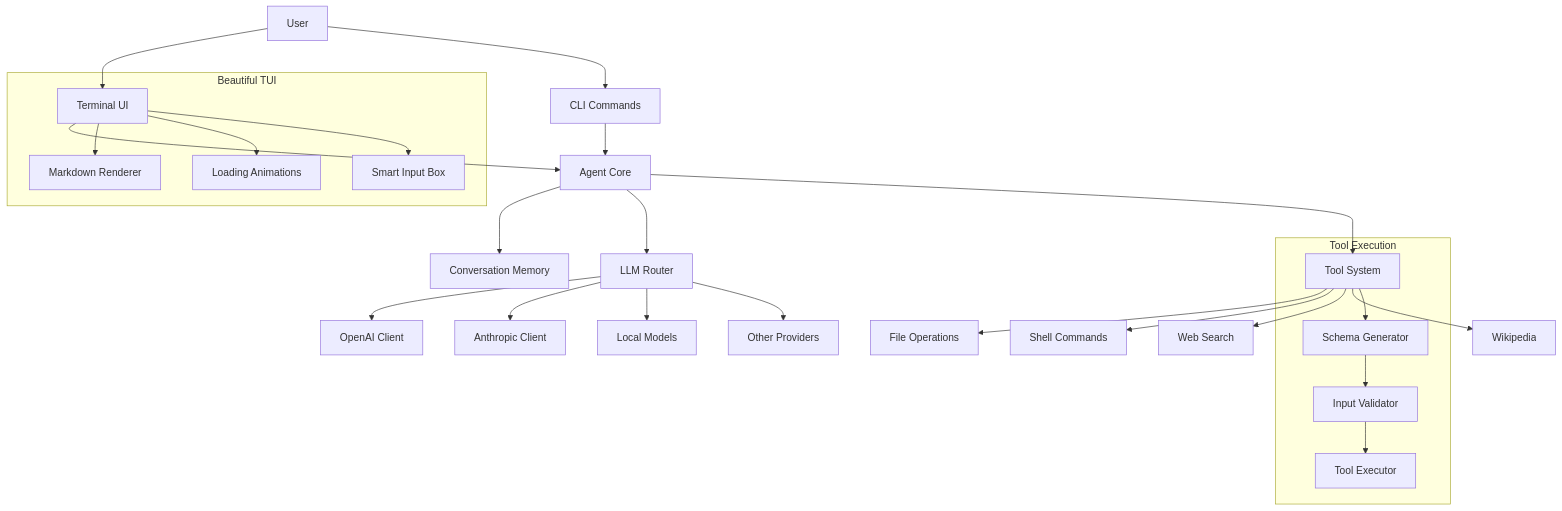
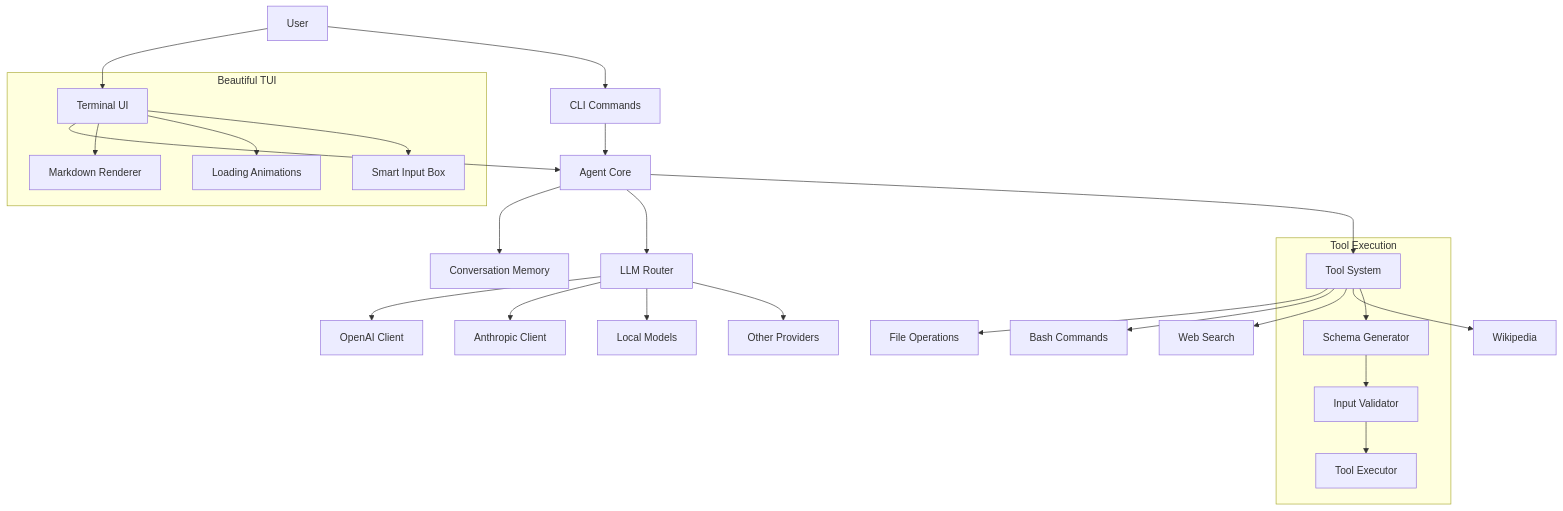
One commit to nachoal/simple-agent-go changed the diagram in README.md. Above: the diagram before and after it, drawn with Mermaid. The commit also changed other lines of this file and 16 other files, not shown here.

````diff
--- a/README.md
+++ b/README.md
@@ -23,35 +23,35 @@
 ```mermaid
 graph TB
     User[User] --> TUI[Terminal UI]
     User --> CLI[CLI Commands]
     
     TUI --> Agent[Agent Core]
     CLI --> Agent
     
     Agent --> Memory[Conversation Memory]
     Agent --> LLM[LLM Router]
     
     LLM --> OpenAI[OpenAI Client]
     LLM --> Anthropic[Anthropic Client]
     LLM --> Local[Local Models]
     LLM --> Others[Other Providers]
     
     Agent --> Tools[Tool System]
     
     Tools --> FileOps[File Operations]
-    Tools --> Shell[Shell Commands]
+    Tools --> Bash[Bash Commands]
     Tools --> Search[Web Search]
     Tools --> Wiki[Wikipedia]
     
     subgraph "Tool Execution"
         Tools --> Schema[Schema Generator]
         Schema --> Validator[Input Validator]
         Validator --> Executor[Tool Executor]
     end
     
     subgraph "Beautiful TUI"
         TUI --> Glamour[Markdown Renderer]
         TUI --> Spinner[Loading Animations]
         TUI --> Input[Smart Input Box]
     end
 ```
````
